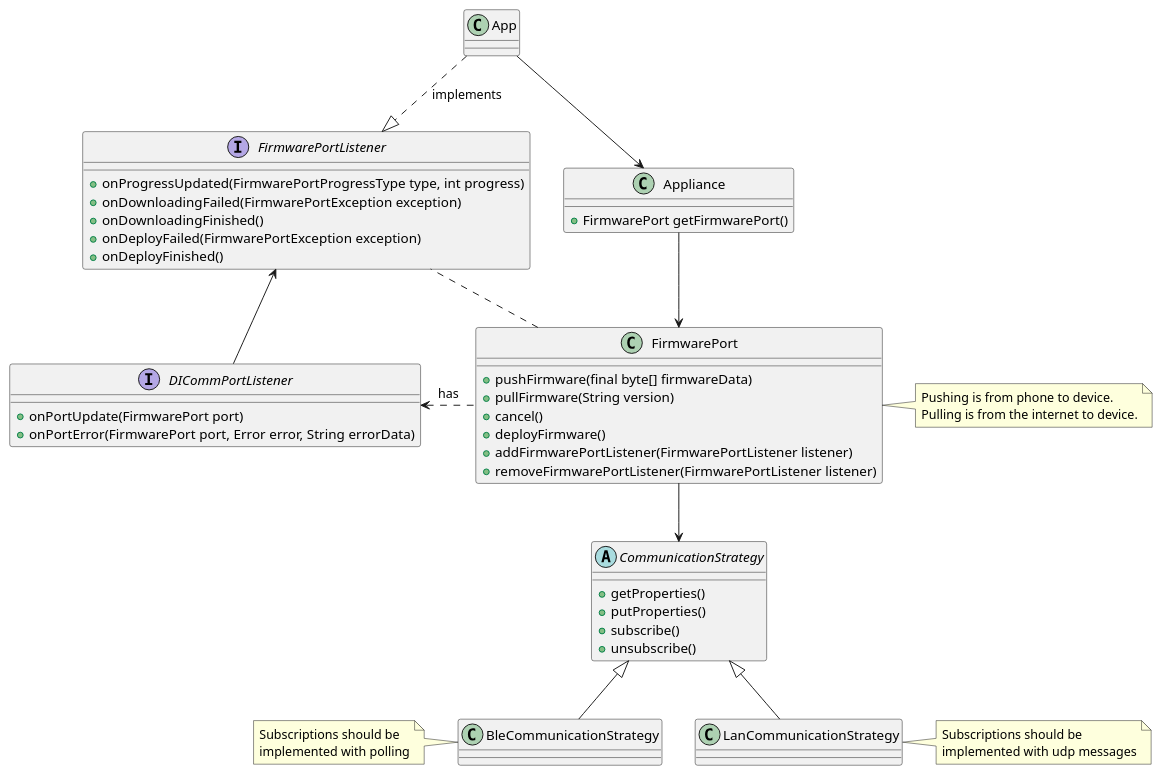
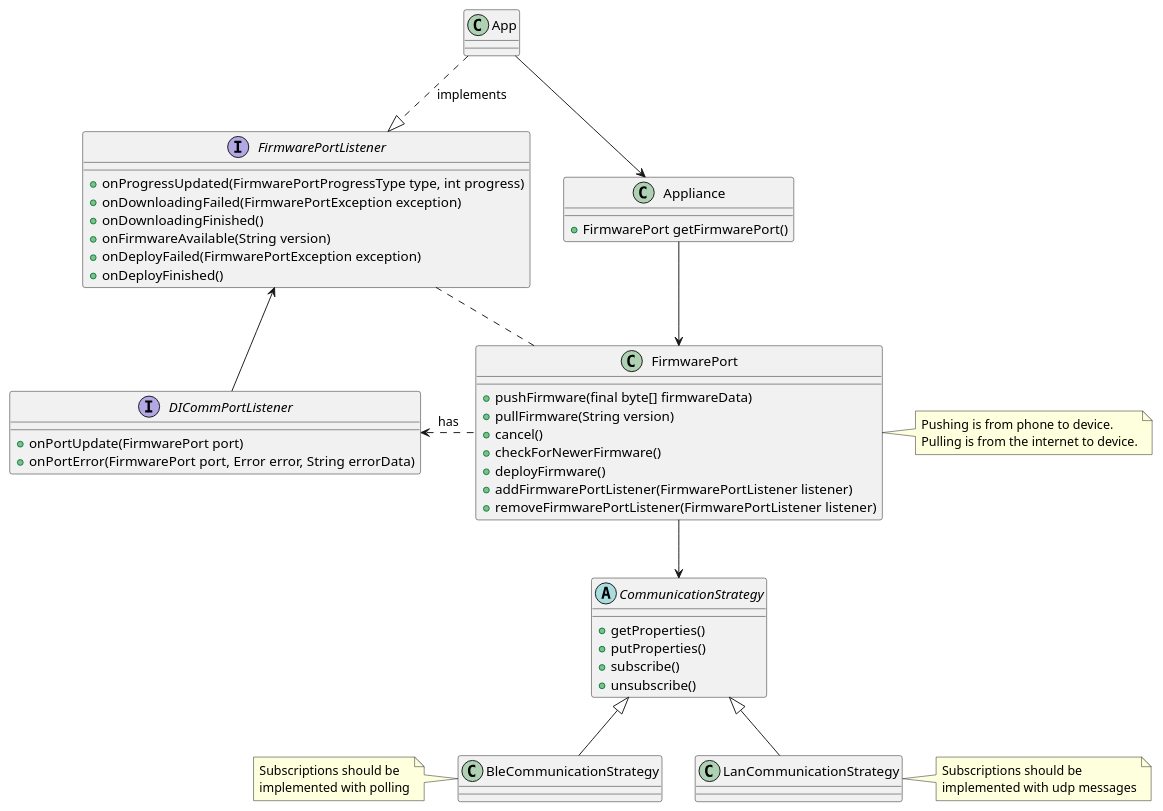
The diagram in Documents/Internal/FirewareUpgrade.puml (rahul2008/mobile-plf-android), drawn with PlantUML before and after one commit. The commit also changed 1 other file, not shown here.

Commit message:
CON-101 Update to the detailed design document for the firmware upgrade

```diff
--- a/Documents/Internal/FirewareUpgrade.puml
+++ b/Documents/Internal/FirewareUpgrade.puml
@@ -1,60 +1,62 @@
 @startuml
 
 class App {
 }
 
 class Appliance {
     + FirmwarePort getFirmwarePort()
 }
 
 class FirmwarePort {
     + pushFirmware(final byte[] firmwareData)
     + pullFirmware(String version)
     + cancel()
+    + checkForNewerFirmware()
     + deployFirmware()
     + addFirmwarePortListener(FirmwarePortListener listener)
     + removeFirmwarePortListener(FirmwarePortListener listener)
 }
 note right: Pushing is from phone to device.\nPulling is from the internet to device.
 
 interface FirmwarePortListener {
     + onProgressUpdated(FirmwarePortProgressType type, int progress)
     + onDownloadingFailed(FirmwarePortException exception)
     + onDownloadingFinished()
+    + onFirmwareAvailable(String version)
     + onDeployFailed(FirmwarePortException exception)
     + onDeployFinished()
 }
 
 interface DICommPortListener {
     + onPortUpdate(FirmwarePort port)
     + onPortError(FirmwarePort port, Error error, String errorData)
 }
 
 abstract class CommunicationStrategy {
     + getProperties()
     + putProperties()
     + subscribe()
     + unsubscribe()
 }
 
 
 class BleCommunicationStrategy {
 }
 note left : Subscriptions should be\nimplemented with polling
 
 class LanCommunicationStrategy {
 }
 note right : Subscriptions should be\nimplemented with udp messages
 
 
 App -down-> Appliance
 App ..|> FirmwarePortListener : implements
 Appliance -down-> FirmwarePort
 FirmwarePort .. FirmwarePortListener
 FirmwarePort .left.> DICommPortListener: has
 DICommPortListener -up-> FirmwarePortListener
 CommunicationStrategy <|-- LanCommunicationStrategy
 CommunicationStrategy <|-- BleCommunicationStrategy
 FirmwarePort --> CommunicationStrategy
 
 @enduml
```
